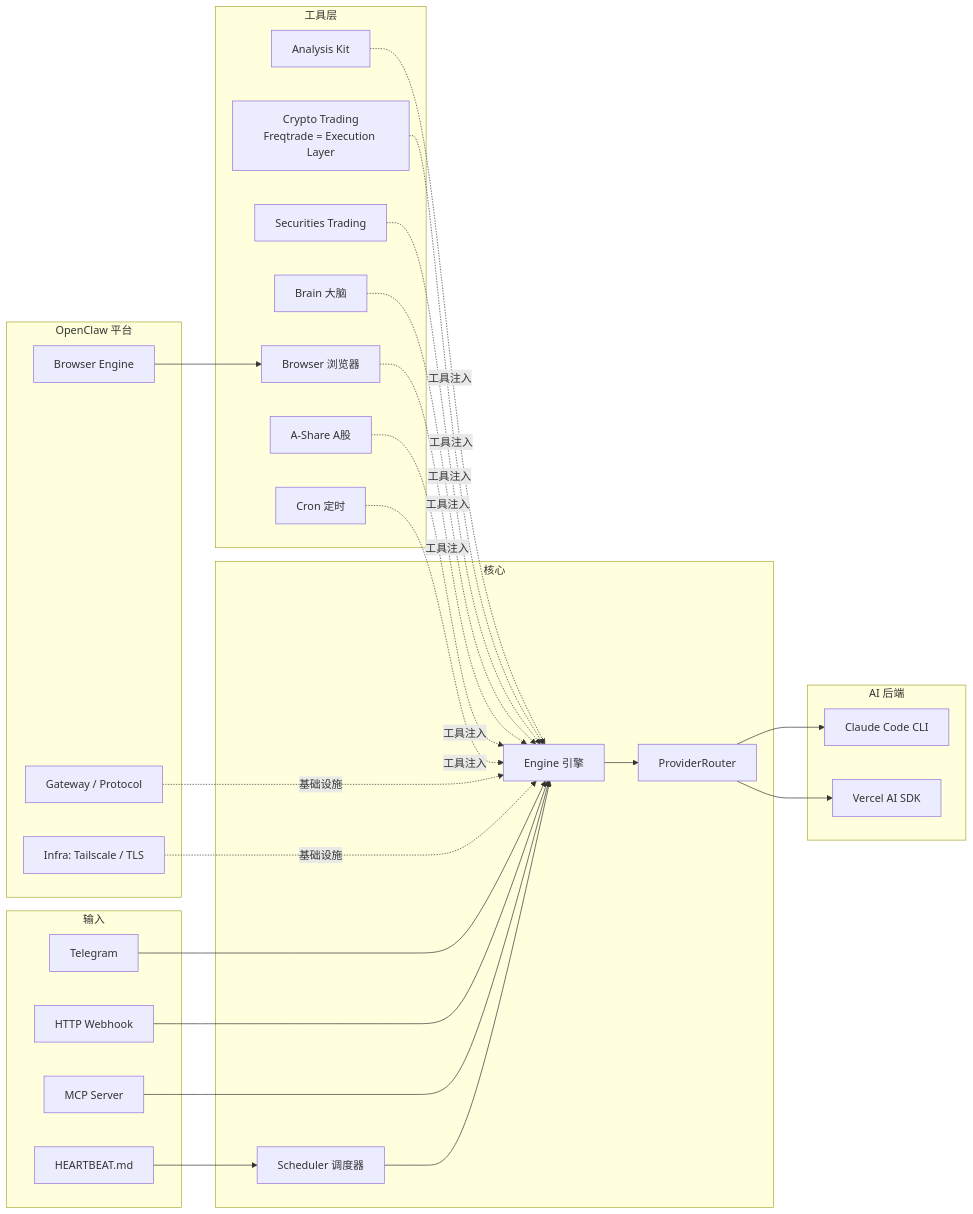
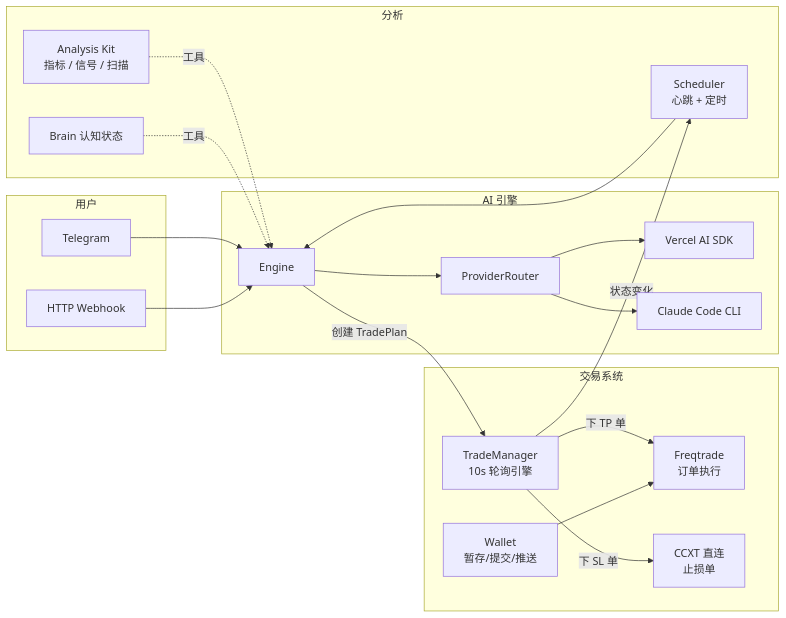
Before and after one commit to imsatoshi/TradeClaw: the diagram in README.md, drawn with Mermaid. The commit also changed other lines of this file, not shown here.

First line of the commit message:
Rewrite README for TradeManager-centric architecture

````diff
--- a/README.md
+++ b/README.md
@@ -33,44 +21,38 @@
 ```mermaid
 graph LR
-  subgraph 输入
+  subgraph 用户
     TG[Telegram]
     HTTP[HTTP Webhook]
-    MCP[MCP Server]
-    HB[HEARTBEAT.md]
   end
 
-  subgraph 核心
-    SC[Scheduler 调度器]
-    E[Engine 引擎]
+  subgraph AI 引擎
+    E[Engine]
     PR[ProviderRouter]
-  end
-
-  subgraph AI 后端
     VS[Vercel AI SDK]
     CC[Claude Code CLI]
   end
 
-  subgraph 工具层
-    AK[Analysis Kit]
-    CT[Crypto Trading<br/>Freqtrade = Execution Layer]
-    ST[Securities Trading]
-    BR[Brain 大脑]
-    BW[Browser 浏览器]
-    AS[A-Share A股]
-    CR[Cron 定时]
+  subgraph 交易系统
+    TM[TradeManager<br/>10s 轮询引擎]
+    FT[Freqtrade<br/>订单执行]
+    CCXT[CCXT 直连<br/>止损单]
+    W[Wallet<br/>暂存/提交/推送]
   end
 
-  subgraph OpenClaw 平台
-    OB[Browser Engine]
-    OG[Gateway / Protocol]
-    OI[Infra: Tailscale / TLS]
+  subgraph 分析
+    AK[Analysis Kit<br/>指标 / 信号 / 扫描]
+    BR[Brain 认知状态]
+    SC[Scheduler<br/>心跳 + 定时]
   end
 
-  HB --> SC --> E
-  TG & HTTP & MCP --> E
-  E --> PR
-  PR --> VS & CC
-  AK & CT & ST & BR & BW & AS & CR -.工具注入.-> E
-  OB --> BW
-  OG & OI -.基础设施.-> E
+  TG & HTTP --> E
+  E --> PR --> VS & CC
+  AK & BR -.工具.-> E
+  SC --> E
+
+  E --创建 TradePlan--> TM
+  TM --下 TP 单--> FT
+  TM --下 SL 单--> CCXT
+  TM --状态变化--> SC
+  W --> FT
 ```
````
